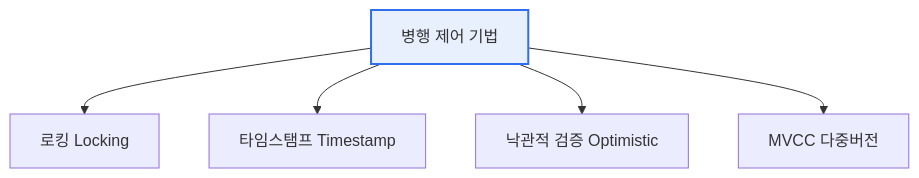
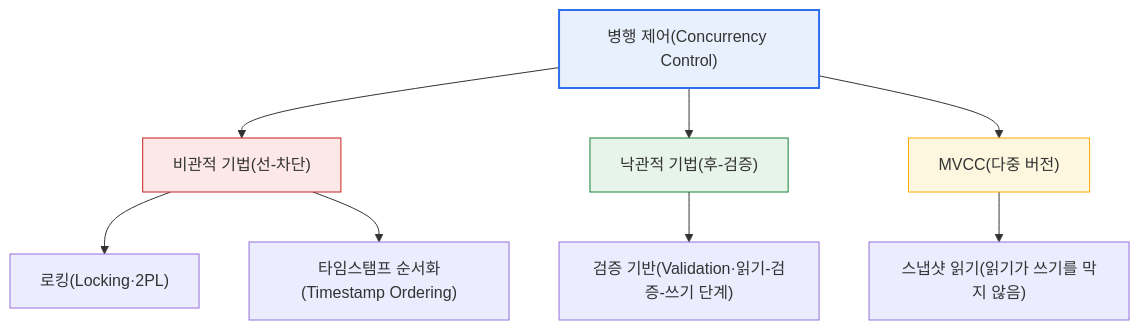
The first of 2 diagrams in content/db-concurrency-control.md (coninggu/wjdqhrhksflrltnftk), drawn with Mermaid before and after one commit. The commit also changed other lines of this file and 3 other files, not shown here.

First line of the commit message:
Deepen 데이터 마이닝: K-means·DBSCAN·SVM, 데이터베이스 병행 제어(Concurrency Control) (auto)

````diff
--- a/content/db-concurrency-control.md
+++ b/content/db-concurrency-control.md
@@ -22,8 +29,14 @@
 ```mermaid
 flowchart TB
-  C[병행 제어 기법] --> L[로킹 Locking]
-  C --> T[타임스탬프 Timestamp]
-  C --> O[낙관적 검증 Optimistic]
-  C --> M[MVCC 다중버전]
+  C["병행 제어(Concurrency Control)"] --> P["비관적 기법(선-차단)"]
+  C --> O["낙관적 기법(후-검증)"]
+  C --> M["MVCC(다중 버전)"]
+  P --> L["로킹(Locking·2PL)"]
+  P --> T["타임스탬프 순서화(Timestamp Ordering)"]
+  O --> V["검증 기반(Validation·읽기-검증-쓰기 단계)"]
+  M --> S["스냅샷 읽기(읽기가 쓰기를 막지 않음)"]
   style C fill:#e8f0fe,stroke:#2f6fed,stroke-width:2px
+  style P fill:#fce8e6,stroke:#c5221f
+  style O fill:#e6f4ea,stroke:#188038
+  style M fill:#fef7e0,stroke:#f9ab00
 ```
````
